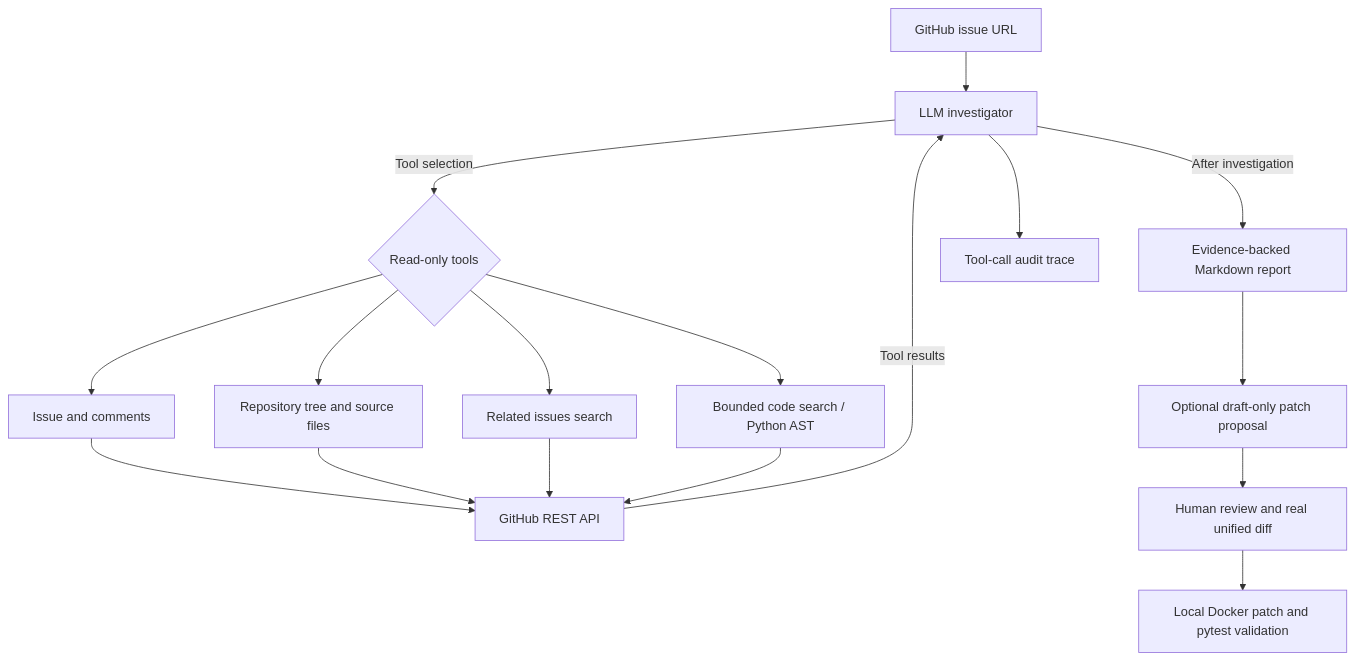
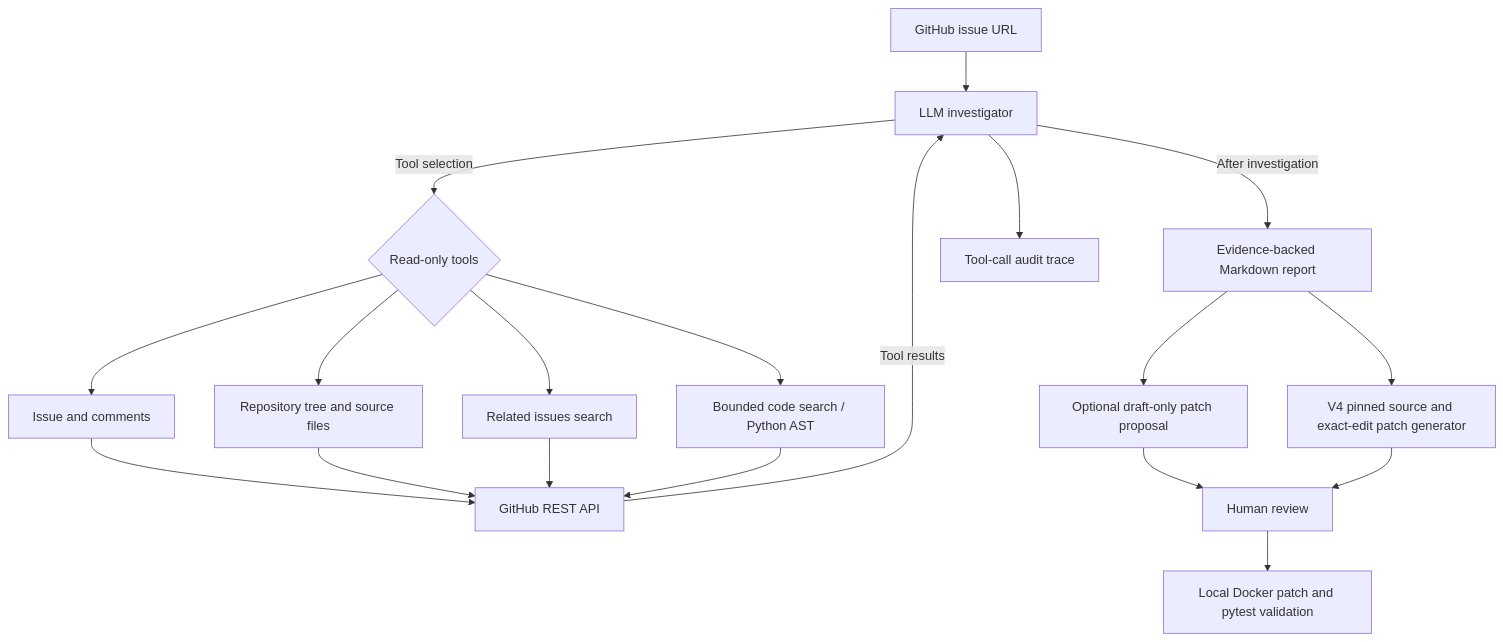
One commit to nfang-dev/issuepilot-agent changed the diagram in README.md. Above: the diagram before and after it, drawn with Mermaid. The commit also changed other lines of this file and 6 other files, not shown here.

Commit message:
Add source-grounded patch drafts with immutable GitHub revisions and Docker provenance

````diff
--- a/README.md
+++ b/README.md
@@ -91,19 +125,21 @@
 ```mermaid
 flowchart TD
     U[GitHub issue URL] --> A[LLM investigator]
     A -->|Tool selection| T{Read-only tools}
     T --> I[Issue and comments]
     T --> F[Repository tree and source files]
     T --> S[Related issues search]
     T --> X[Bounded code search / Python AST]
     I --> G[GitHub REST API]
     F --> G
     S --> G
     X --> G
     G -->|Tool results| A
     A -->|After investigation| R[Evidence-backed Markdown report]
     A --> L[Tool-call audit trace]
     R --> P[Optional draft-only patch proposal]
-    P --> H[Human review and real unified diff]
+    P --> H[Human review]
+    R --> Q[V4 pinned source and exact-edit patch generator]
+    Q --> H
     H --> D[Local Docker patch and pytest validation]
 ```
````
